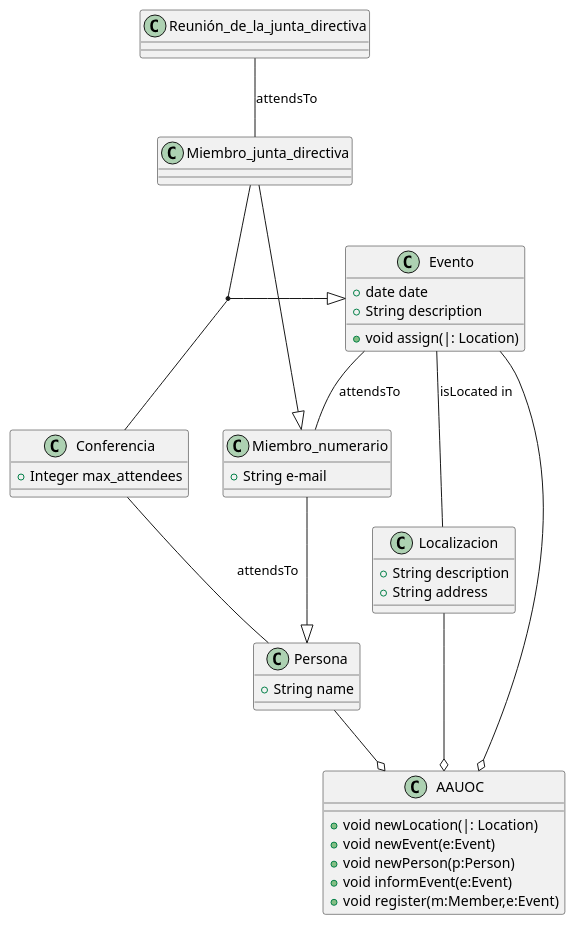
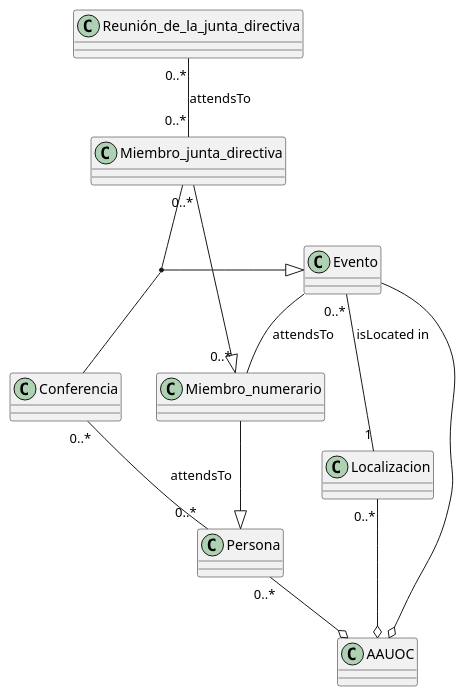
Before and after one commit to sergikarx/UMLClases-SergioAroca: the diagram in src/Asociación de Antiguos Alumnos.puml, drawn with PlantUML. The commit also changed 1 other file, not shown here.

```diff
--- a/src/Asociación de Antiguos Alumnos.puml
+++ b/src/Asociación de Antiguos Alumnos.puml
@@ -1,49 +1,42 @@
 @startuml
 
 class Miembro_numerario{
-+String e-mail
+
 }
 
 class Miembro_junta_directiva
 
 class Conferencia {
-+Integer max_attendees
+
 }
 
 class Evento {
- +date date
- +String description
- +void assign(|: Location)
+
 }
 
 class Reunión_de_la_junta_directiva
 
 class Localizacion {
- +String description
- +String address
+
 }
 
 class Persona{
-+String name
+
 }
 
 class AAUOC{
-    +void newLocation(|: Location)
-    +void newEvent(e:Event)
-    +void newPerson(p:Person)
-    +void informEvent(e:Event)
-    +void register(m:Member,e:Event)
+
 }
 Miembro_numerario--|>Persona
-Miembro_junta_directiva--|>Miembro_numerario
-(Miembro_junta_directiva, Conferencia) --|> Evento
+Miembro_junta_directiva"0..*"--|>"0..*"Miembro_numerario
+(Miembro_junta_directiva, Conferencia)"0..*" --|> "0..*"Evento
 Evento -- Miembro_numerario :attendsTo
 
 Evento --o AAUOC
-Evento -- Localizacion :isLocated in
-Localizacion --o AAUOC
-Persona --o AAUOC
-Reunión_de_la_junta_directiva -- Miembro_junta_directiva :attendsTo
-Conferencia -- Persona :attendsTo
+Evento"0..*" -- "1"Localizacion :isLocated in
+Localizacion"0..*" --o  AAUOC
+Persona"0..*" --o AAUOC
+Reunión_de_la_junta_directiva"0..*" -- "0..*"Miembro_junta_directiva :attendsTo
+Conferencia"0..*" -- "0..*"Persona :attendsTo
 
 @enduml
```
